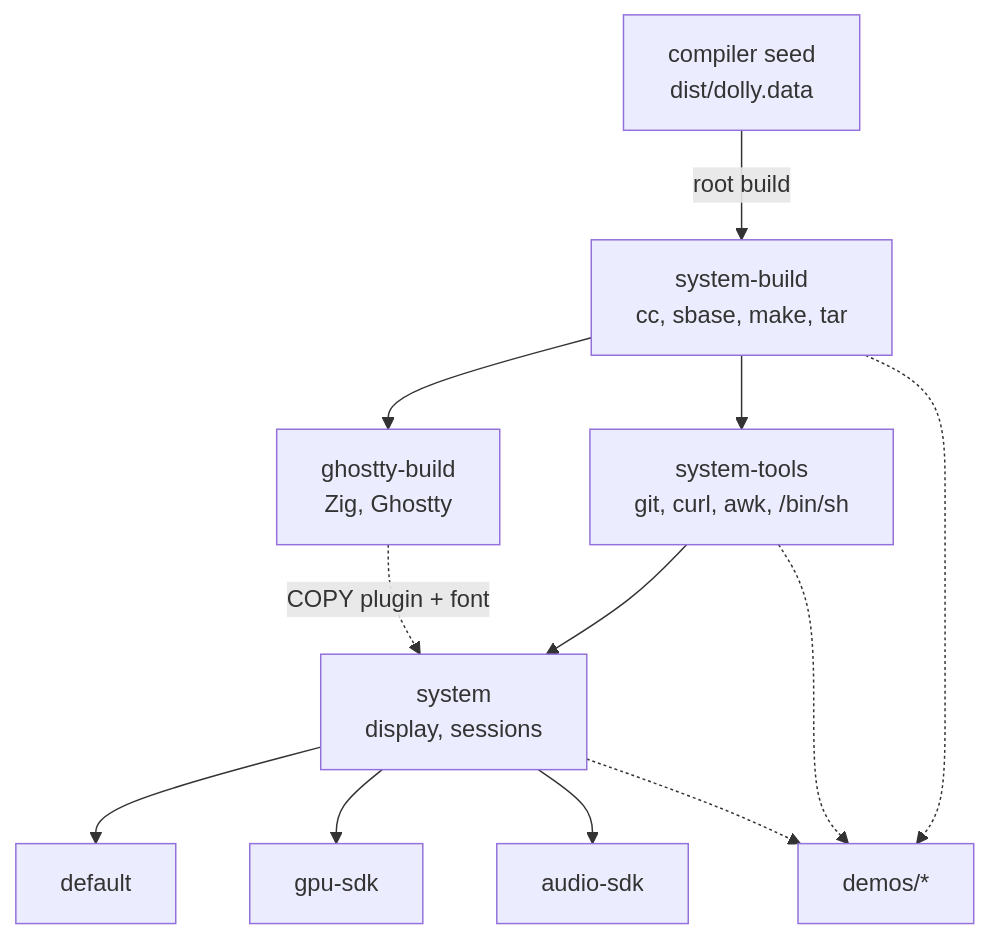
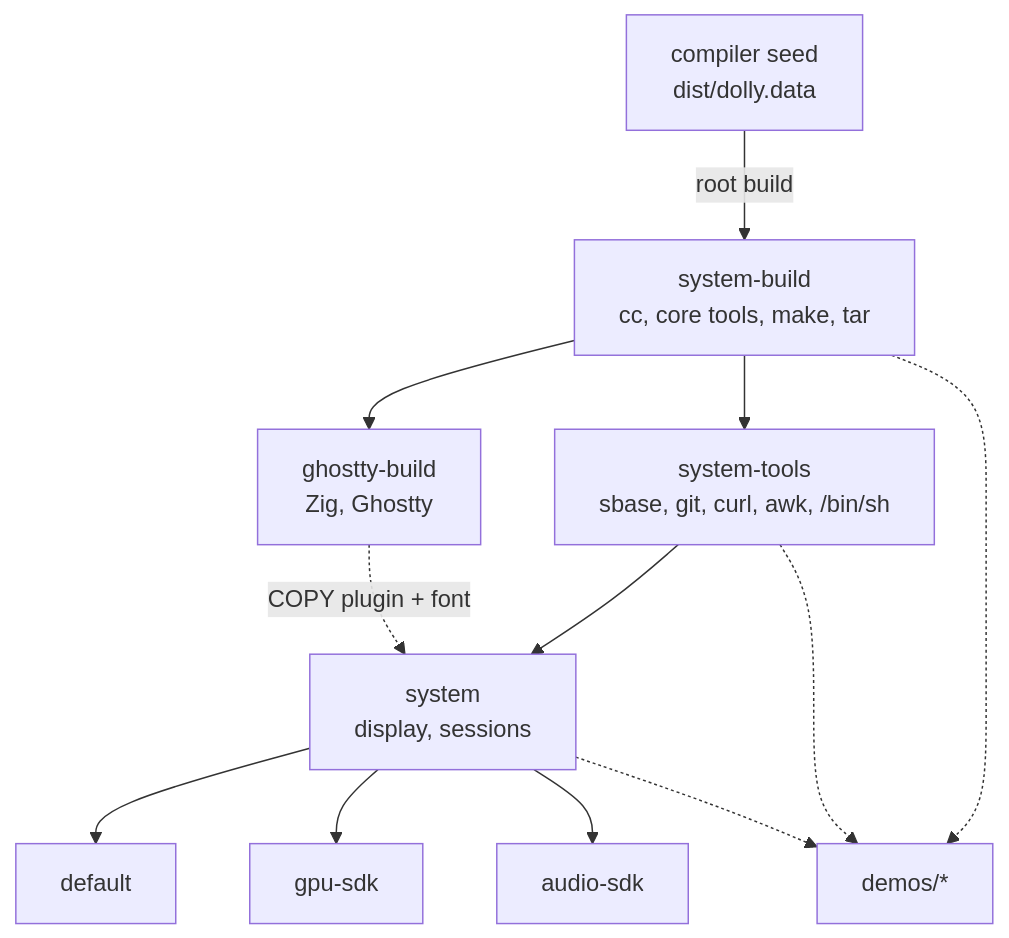
Before and after one commit to daugasauron/dolly: the third of 3 diagrams in docs/architecture.md, drawn with Mermaid. The commit also changed 18 other files, not shown here.

First line of the commit message:
Restore Dolly's core tools before Make and move sbase to system-tools

````diff
--- a/docs/architecture.md
+++ b/docs/architecture.md
@@ -79,15 +79,15 @@
 ```mermaid
 flowchart TD
-  seed["compiler seed<br/>dist/dolly.data"] -- "root build" --> sb["system-build<br/>cc, sbase, make, tar"]
-  sb --> st["system-tools<br/>git, curl, awk, /bin/sh"]
+  seed["compiler seed<br/>dist/dolly.data"] -- "root build" --> sb["system-build<br/>cc, core tools, make, tar"]
+  sb --> st["system-tools<br/>sbase, git, curl, awk, /bin/sh"]
   sb --> gb["ghostty-build<br/>Zig, Ghostty"]
   st --> sys["system<br/>display, sessions"]
   gb -. "COPY plugin + font" .-> sys
   sys --> def["default"]
   sys --> gpu["gpu-sdk"]
   sys --> audio["audio-sdk"]
   demos["demos/*"]
   sb -.-> demos
   st -.-> demos
   sys -.-> demos
 ```
````
